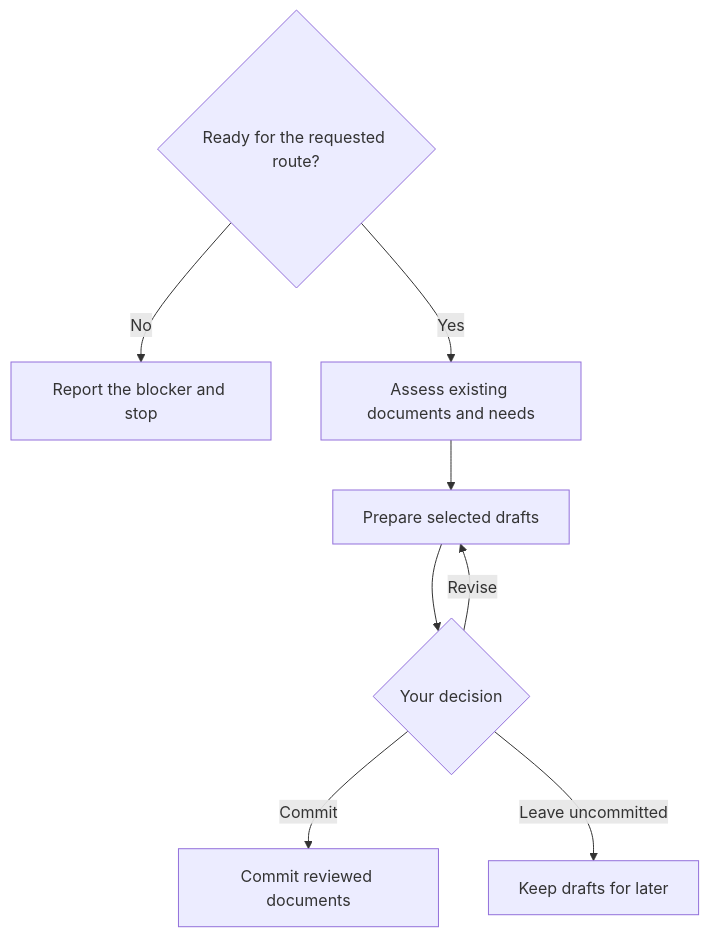
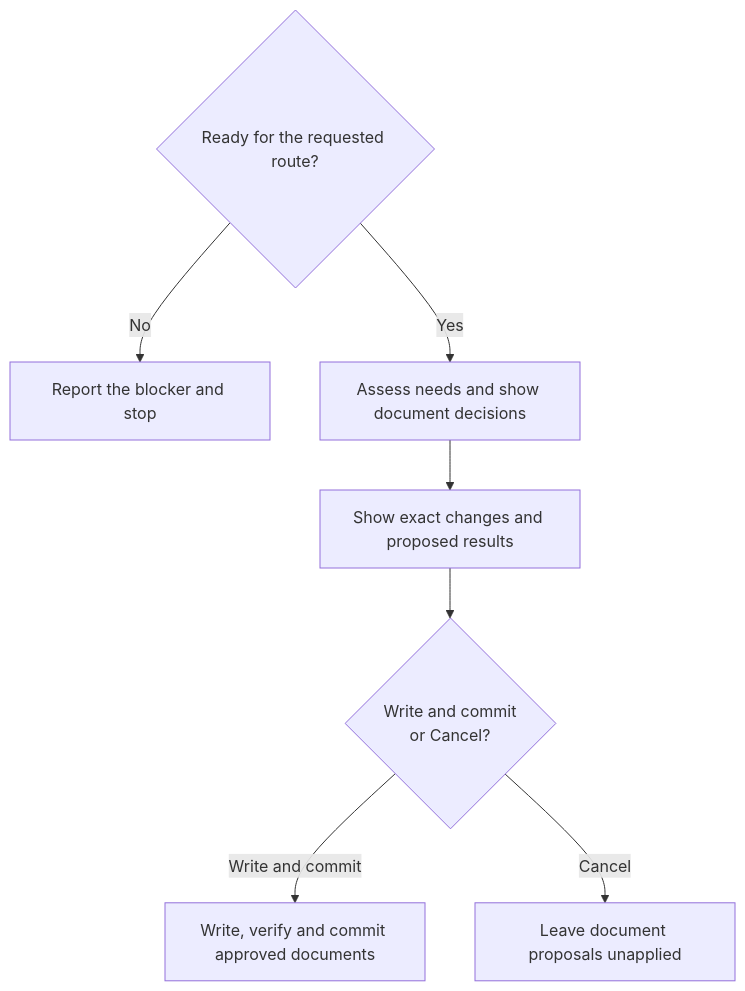
One commit to myowinthein/agent-helm changed the diagram in docs/commands/legal.md. Above: the diagram before and after it, drawn with Mermaid. The commit also changed other lines of this file and 7 other files, not shown here.

First line of the commit message:
fix(legal): preview documents before writing

````diff
--- a/docs/commands/legal.md
+++ b/docs/commands/legal.md
@@ -17,10 +17,9 @@
 ```mermaid
 flowchart TD
   Gate{"Ready for the requested route?"} -->|No| Stop["Report the blocker and stop"]
   Gate -->|Yes| Assess
-  Assess["Assess existing documents and needs"] --> Draft["Prepare selected drafts"]
-  Draft --> Review{"Your decision"}
-  Review -->|Revise| Draft
-  Review -->|Commit| Save["Commit reviewed documents"]
-  Review -->|Leave uncommitted| Keep["Keep drafts for later"]
+  Assess["Assess needs and show document decisions"] --> Preview["Show exact changes and proposed results"]
+  Preview --> Review{"Write and commit<br/>or Cancel?"}
+  Review -->|Write and commit| Save["Write, verify and commit approved documents"]
+  Review -->|Cancel| Keep["Leave document proposals unapplied"]
 ```
````
